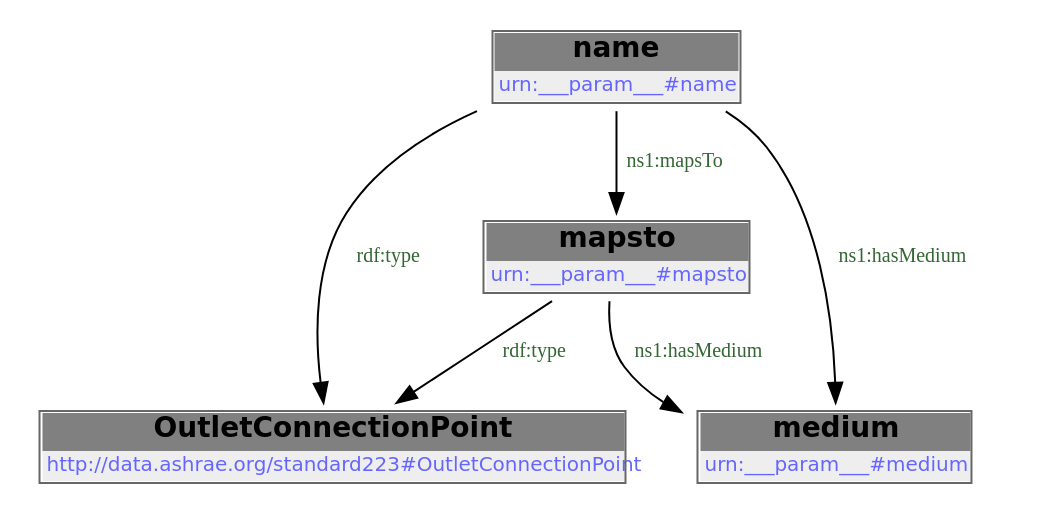
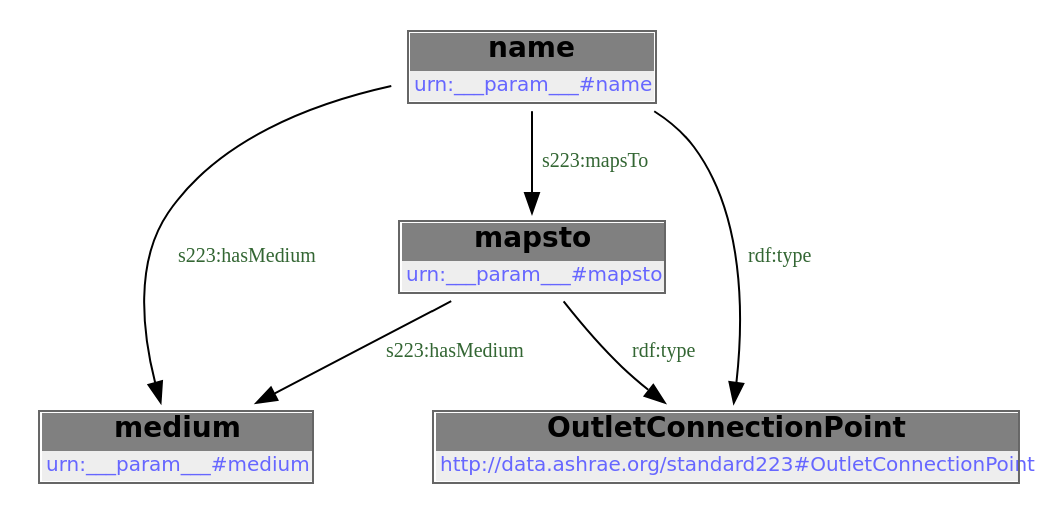
Before and after one commit to DataDrivenCPS/water-ontology: the diagram in docs/libraries/templates/outlet-cp.rst, drawn with Graphviz. The commit also changed other lines of this file and 83 other files, not shown here.

```diff
--- a/docs/libraries/templates/outlet-cp.rst
+++ b/docs/libraries/templates/outlet-cp.rst
@@ -76,14 +55,18 @@
-        .. graphviz::
+.. graphviz::
 
-                digraph G {
-            node [fontname="DejaVu Sans"];
-            node0 -> node1 [color=BLACK, label=< <font point-size='10' color='#336633'>rdf:type</font> >];
-            node2 -> node1 [color=BLACK, label=< <font point-size='10' color='#336633'>rdf:type</font> >];
-            node2 -> node0 [color=BLACK, label=< <font point-size='10' color='#336633'>ns1:mapsTo</font> >];
-            node0 -> node3 [color=BLACK, label=< <font point-size='10' color='#336633'>ns1:hasMedium</font> >];
-            node2 -> node3 [color=BLACK, label=< <font point-size='10' color='#336633'>ns1:hasMedium</font> >];
-            node0 [shape=none, color=black, label=< <table color='#666666' cellborder='0' cellspacing='0' border='1'><tr><td colspan='2' bgcolor='grey'><B>mapsto</B></td></tr><tr><td href='urn:___param___#mapsto' bgcolor='#eeeeee' colspan='2'><font point-size='10' color='#6666ff'>urn:___param___#mapsto</font></td></tr></table> >];
-            node1 [shape=none, color=black, label=< <table color='#666666' cellborder='0' cellspacing='0' border='1'><tr><td colspan='2' bgcolor='grey'><B>OutletConnectionPoint</B></td></tr><tr><td href='http://data.ashrae.org/standard223#OutletConnectionPoint' bgcolor='#eeeeee' colspan='2'><font point-size='10' color='#6666ff'>http://data.ashrae.org/standard223#OutletConnectionPoint</font></td></tr></table> >];
-            node2 [shape=none, color=black, label=< <table color='#666666' cellborder='0' cellspacing='0' border='1'><tr><td colspan='2' bgcolor='grey'><B>name</B></td></tr><tr><td href='urn:___param___#name' bgcolor='#eeeeee' colspan='2'><font point-size='10' color='#6666ff'>urn:___param___#name</font></td></tr></table> >];
-            node3 [shape=none, color=black, label=< <table color='#666666' cellborder='0' cellspacing='0' border='1'><tr><td colspan='2' bgcolor='grey'><B>medium</B></td></tr><tr><td href='urn:___param___#medium' bgcolor='#eeeeee' colspan='2'><font point-size='10' color='#6666ff'>urn:___param___#medium</font></td></tr></table> >];
-            }
+    digraph {
+     node [ fontname="DejaVu Sans" ] ;
+        node0 -> node1 [ color=BLACK, label=< <font point-size='10' color='#336633'>s223:hasMedium</font> > ] ;
+        node0 -> node2 [ color=BLACK, label=< <font point-size='10' color='#336633'>rdf:type</font> > ] ;
+        node3 -> node1 [ color=BLACK, label=< <font point-size='10' color='#336633'>s223:hasMedium</font> > ] ;
+        node3 -> node0 [ color=BLACK, label=< <font point-size='10' color='#336633'>s223:mapsTo</font> > ] ;
+        node3 -> node2 [ color=BLACK, label=< <font point-size='10' color='#336633'>rdf:type</font> > ] ;
+    # urn:___param___#mapsto node0
+    node0 [ shape=none, color=black label=< <table color='#666666' cellborder='0' cellspacing='0' border='1'><tr><td colspan='2' bgcolor='grey'><B>mapsto</B></td></tr><tr><td href='urn:___param___#mapsto' bgcolor='#eeeeee' colspan='2'><font point-size='10' color='#6666ff'>urn:___param___#mapsto</font></td></tr></table> > ]
+    # urn:___param___#medium node1
+    node1 [ shape=none, color=black label=< <table color='#666666' cellborder='0' cellspacing='0' border='1'><tr><td colspan='2' bgcolor='grey'><B>medium</B></td></tr><tr><td href='urn:___param___#medium' bgcolor='#eeeeee' colspan='2'><font point-size='10' color='#6666ff'>urn:___param___#medium</font></td></tr></table> > ]
+    # http://data.ashrae.org/standard223#OutletConnectionPoint node2
+    node2 [ shape=none, color=black label=< <table color='#666666' cellborder='0' cellspacing='0' border='1'><tr><td colspan='2' bgcolor='grey'><B>OutletConnectionPoint</B></td></tr><tr><td href='http://data.ashrae.org/standard223#OutletConnectionPoint' bgcolor='#eeeeee' colspan='2'><font point-size='10' color='#6666ff'>http://data.ashrae.org/standard223#OutletConnectionPoint</font></td></tr></table> > ]
+    # urn:___param___#name node3
+    node3 [ shape=none, color=black label=< <table color='#666666' cellborder='0' cellspacing='0' border='1'><tr><td colspan='2' bgcolor='grey'><B>name</B></td></tr><tr><td href='urn:___param___#name' bgcolor='#eeeeee' colspan='2'><font point-size='10' color='#6666ff'>urn:___param___#name</font></td></tr></table> > ]
+    }
```
